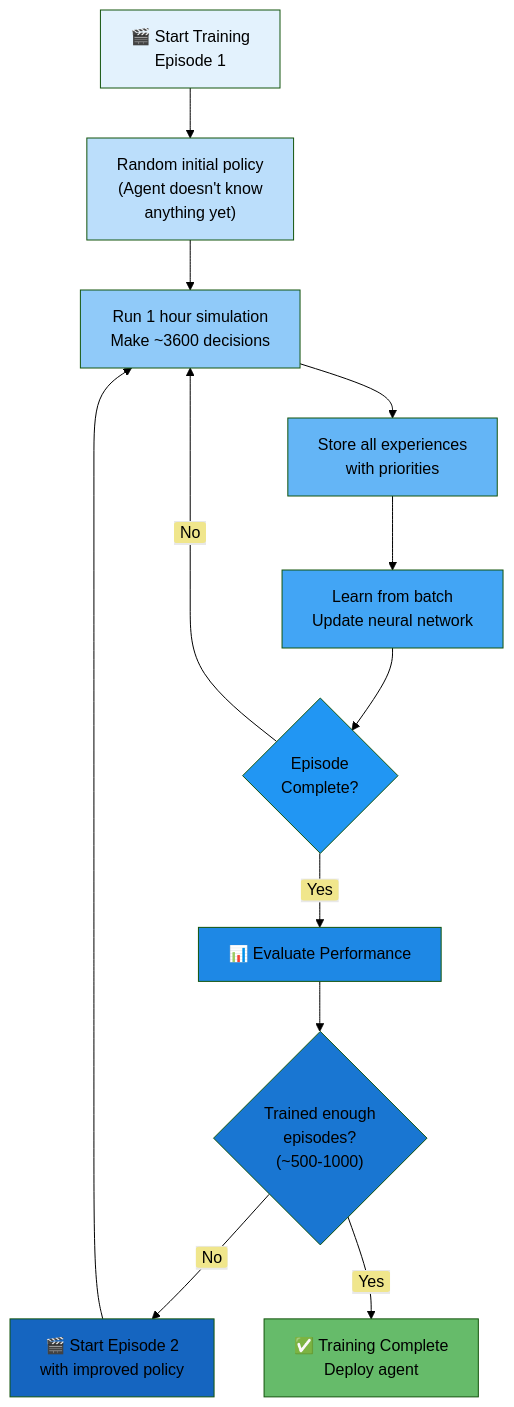
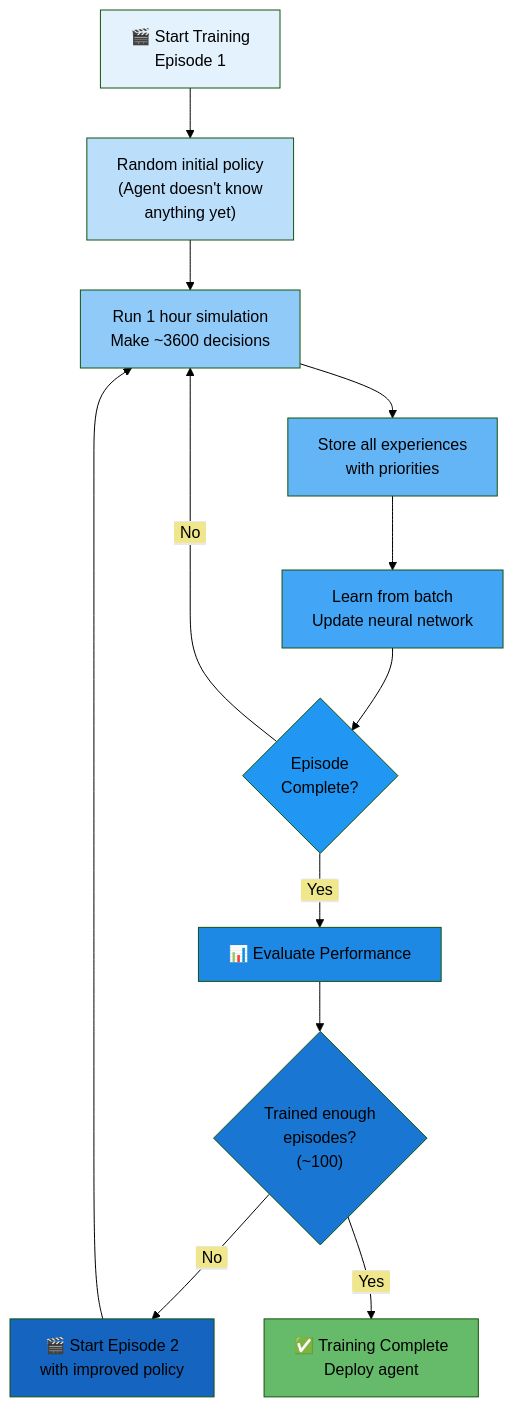
Before and after one commit to Chaklader/SignalSyncPro: diagram 13 of 20 in notes/paper_1/PAPER_1_B.md, drawn with Mermaid (forest theme). The commit also changed other lines of this file, not shown here.

````diff
--- a/notes/paper_1/PAPER_1_B.md
+++ b/notes/paper_1/PAPER_1_B.md
@@ -2268,25 +2268,25 @@
 ```mermaid
 flowchart TD
     A["🎬 Start Training<br>Episode 1"] --> B["Random initial policy<br>(Agent doesn't know<br>anything yet)"]
     B --> C["Run 1 hour simulation<br>Make ~3600 decisions"]
     C --> D["Store all experiences<br>with priorities"]
     D --> E["Learn from batch<br>Update neural network"]
     E --> F{"Episode<br>Complete?"}
     F -->|<span style='background-color:khaki; color:black; padding:2px 6px; border-radius:3px'>Yes</span>| G["📊 Evaluate Performance"]
     F -->|<span style='background-color:khaki; color:black; padding:2px 6px; border-radius:3px'>No</span>| C
-    G --> H{"Trained enough<br>episodes?<br>(~500-1000)"}
+    G --> H{"Trained enough<br>episodes?<br>(~100)"}
     H -->|<span style='background-color:khaki; color:black; padding:2px 6px; border-radius:3px'>No</span>| I["🎬 Start Episode 2<br>with improved policy"]
     H -->|<span style='background-color:khaki; color:black; padding:2px 6px; border-radius:3px'>Yes</span>| J["✅ Training Complete<br>Deploy agent"]
     I --> C
 
     style A fill:#E3F2FD
     style B fill:#BBDEFB
     style C fill:#90CAF9
     style D fill:#64B5F6
     style E fill:#42A5F5
     style F fill:#2196F3
     style G fill:#1E88E5
     style H fill:#1976D2
     style I fill:#1565C0
     style J fill:#66BB6A
 ```
````
